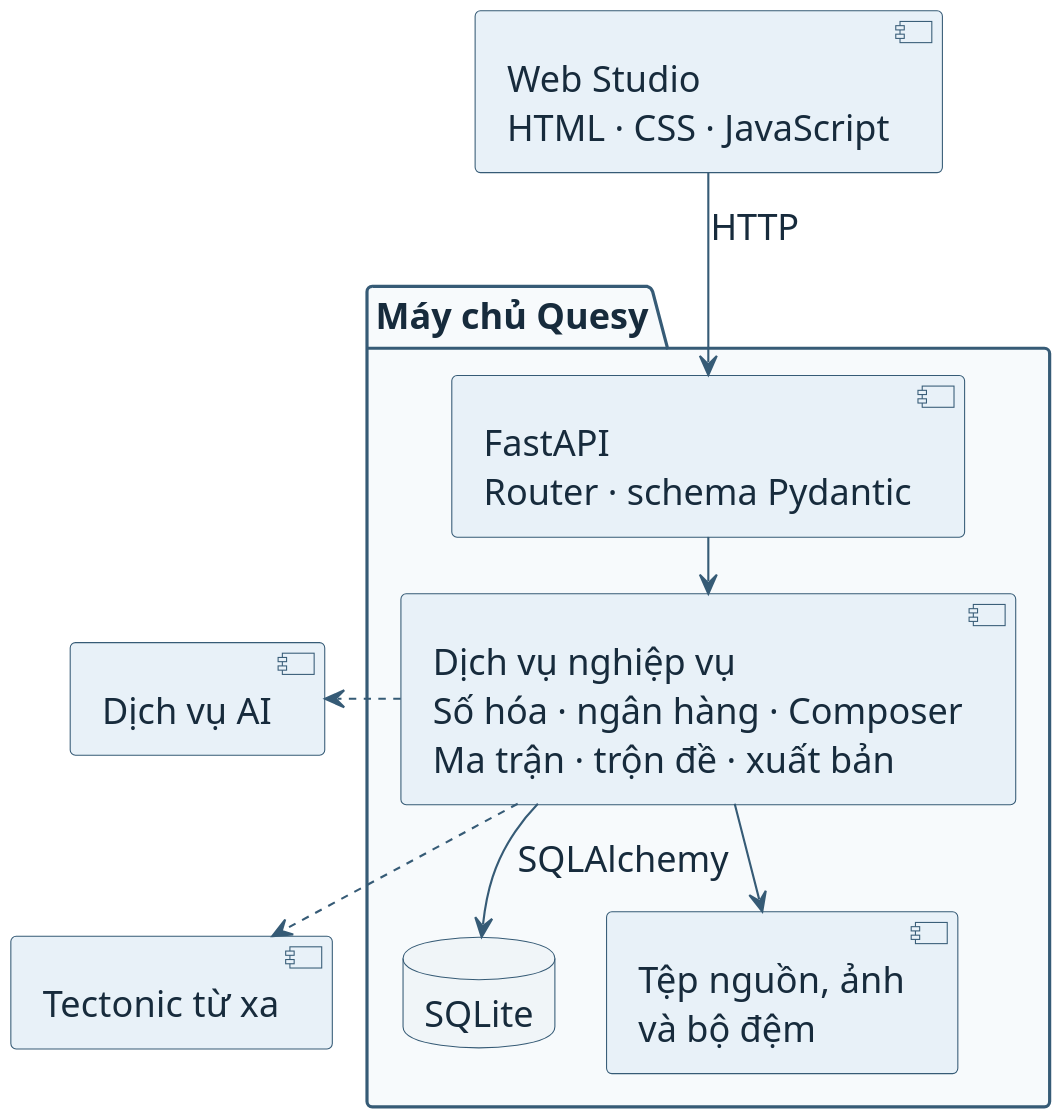
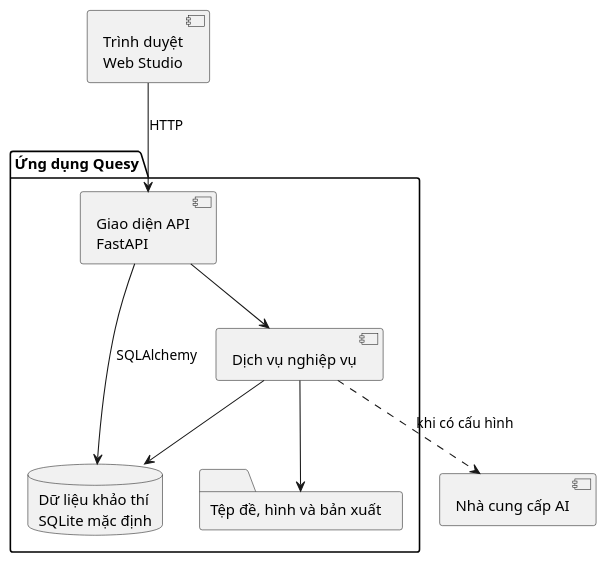
One commit to ngnsusinn/quesy changed the diagram in docs/bao_cao_hien_trang/plantuml/arch_system.puml. Above: the diagram before and after it, drawn with PlantUML. The commit also changed 24 other files, not shown here.

Commit message:
docs: rewrite Quesy system reports with default PlantUML diagrams

```diff
--- a/docs/bao_cao_hien_trang/plantuml/arch_system.puml
+++ b/docs/bao_cao_hien_trang/plantuml/arch_system.puml
@@ -1,37 +1,16 @@
 @startuml
-skinparam backgroundColor white
-skinparam defaultFontName Segoe UI
-skinparam defaultFontSize 17
-skinparam shadowing false
-skinparam ArrowColor #365B76
-skinparam defaultFontColor #172B3C
-skinparam nodesep 24
-skinparam ranksep 26
-scale 2
-skinparam componentStyle uml2
-skinparam componentBackgroundColor #E8F1F8
-skinparam componentBorderColor #365B76
-skinparam databaseBackgroundColor #F0F5F8
-skinparam databaseBorderColor #365B76
-skinparam packageBackgroundColor #F7FAFC
-skinparam packageBorderColor #365B76
-
-component "Web Studio\nHTML · CSS · JavaScript" as SPA
-package "Máy chủ Quesy" {
-  component "FastAPI\nRouter · schema Pydantic" as API
-  component "Dịch vụ nghiệp vụ\nSố hóa · ngân hàng · Composer\nMa trận · trộn đề · xuất bản" as APP
-  database "SQLite" as DB
-  component "Tệp nguồn, ảnh\nvà bộ đệm" as DISK
+[Trình duyệt\nWeb Studio] as Web
+package "Ứng dụng Quesy" {
+  [Giao diện API\nFastAPI] as API
+  [Dịch vụ nghiệp vụ] as Logic
+  database "Dữ liệu khảo thí\nSQLite mặc định" as DB
+  folder "Tệp đề, hình và bản xuất" as Files
 }
-component "Dịch vụ AI" as AI
-component "Tectonic từ xa" as TEX
-SPA -down-> API : HTTP
-API -down-> APP
-
-APP -down-> DB : SQLAlchemy
-APP -down-> DISK
-APP .right.> AI
-APP .right.> TEX
-AI -[hidden]down- TEX
-DB -[hidden]right- DISK
+[Nhà cung cấp AI] as AI
+Web --> API : HTTP
+API --> Logic
+API --> DB : SQLAlchemy
+Logic --> DB
+Logic --> Files
+Logic ..> AI : khi có cấu hình
 @enduml
```
